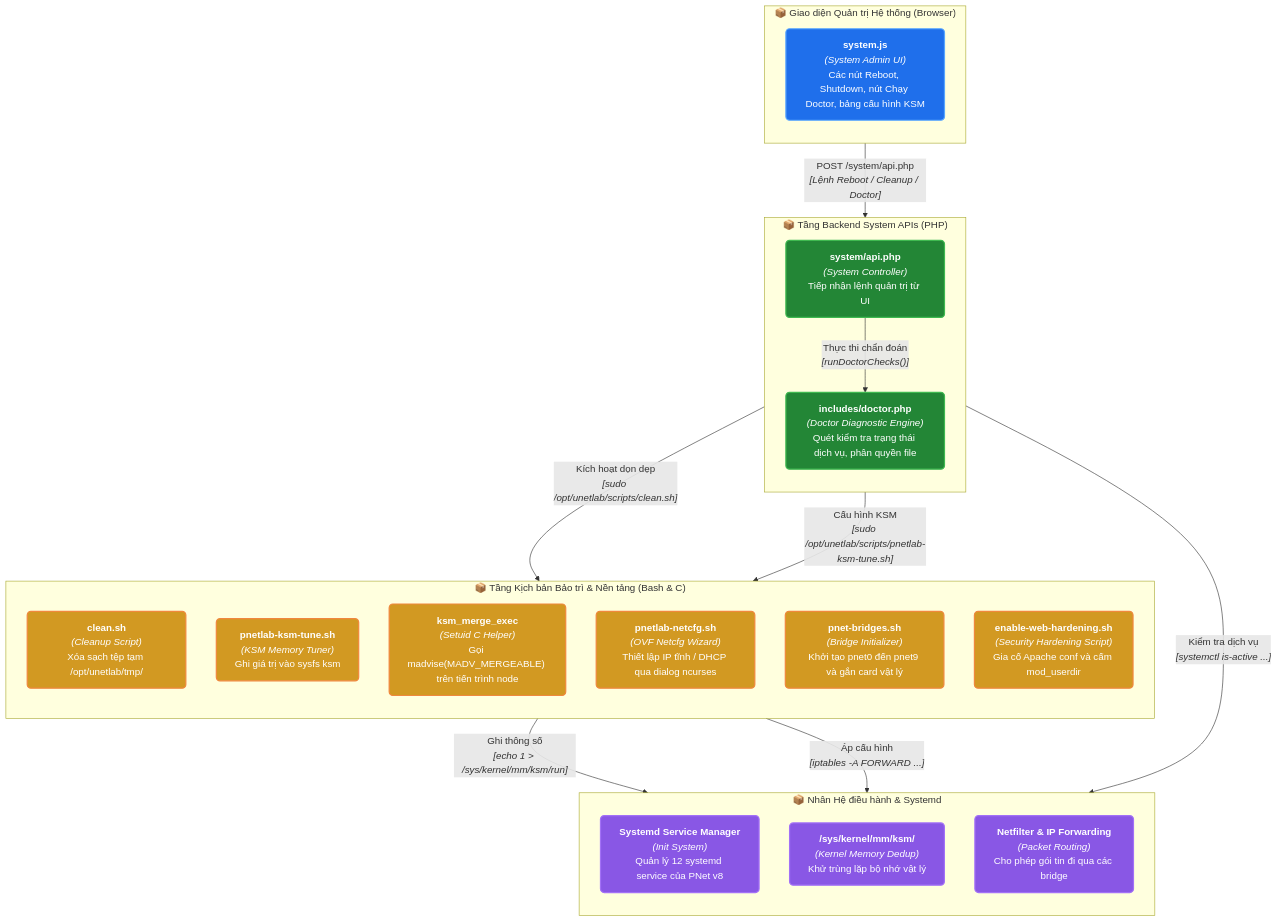
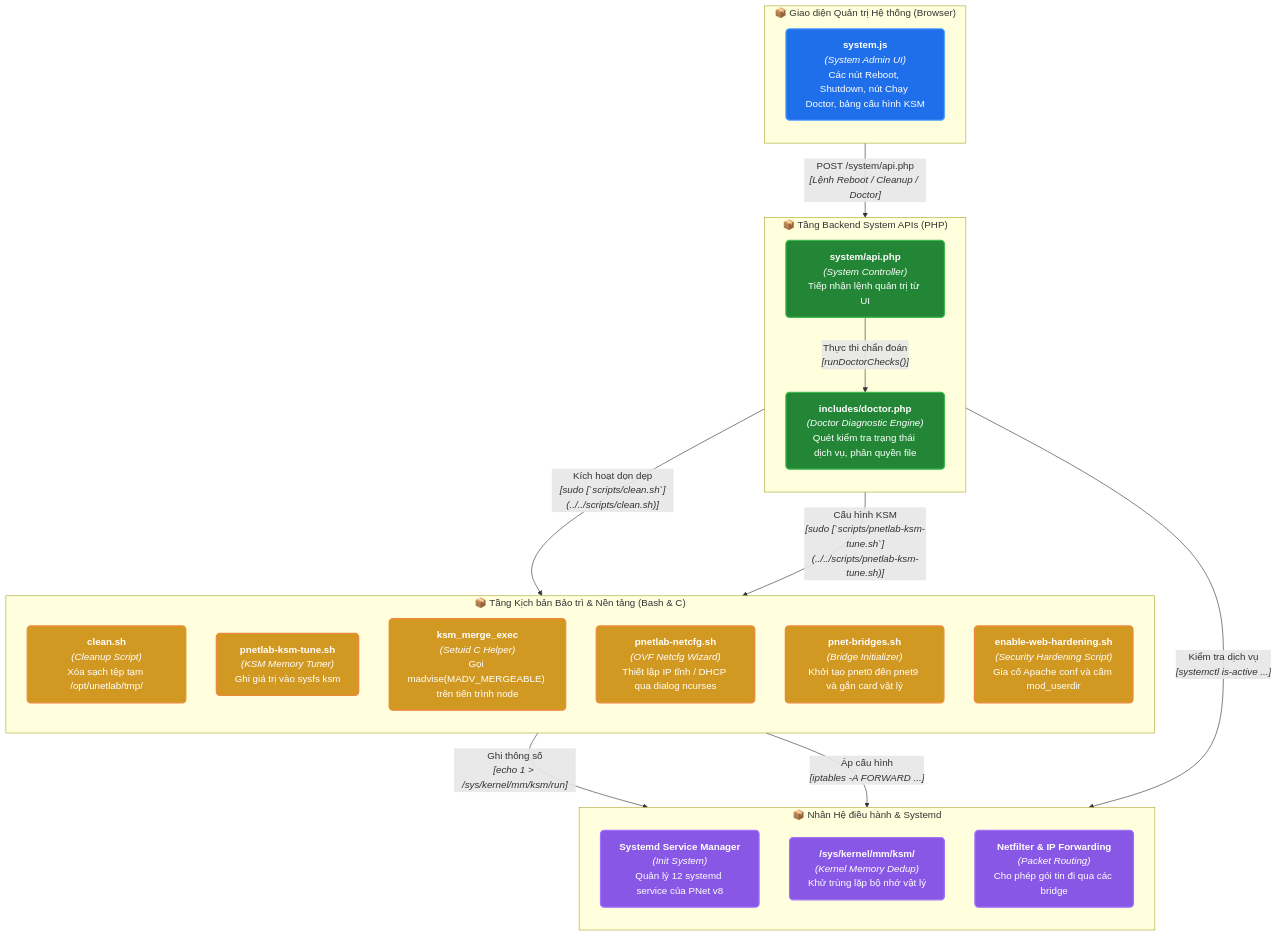
One commit to Luuxinhxinh/pnet-v8 changed the diagram in docs/01-feature-groups/12-system-diagnostics-platform.md. Above: the diagram before and after it, drawn with Mermaid. The commit also changed other lines of this file and 92 other files, not shown here.

````diff
--- a/docs/01-feature-groups/12-system-diagnostics-platform.md
+++ b/docs/01-feature-groups/12-system-diagnostics-platform.md
@@ -61,46 +61,46 @@
 ```mermaid
 flowchart TD
     %% Styling classes
     classDef ui fill:#1f6feb,stroke:#58a6ff,stroke-width:2px,color:#ffffff,rx:6px,ry:6px;
     classDef api fill:#238636,stroke:#3fb950,stroke-width:2px,color:#ffffff,rx:6px,ry:6px;
     classDef wrap fill:#d29922,stroke:#f0883e,stroke-width:2px,color:#ffffff,rx:6px,ry:6px;
     classDef kernel fill:#8957e5,stroke:#a371f7,stroke-width:2px,color:#ffffff,rx:6px,ry:6px;
     classDef storage fill:#21262d,stroke:#8b949e,stroke-width:1.5px,color:#c9d1d9,rx:6px,ry:6px;
 
     subgraph SG_admin_dashboard [" 📦 Giao diện Quản trị Hệ thống (Browser) "]
         direction TB
         system_ui["<b>system.js</b><br/><i>(System Admin UI)</i><br/>Các nút Reboot, Shutdown, nút Chạy Doctor, bảng cấu hình KSM"]:::ui
     end
 
     subgraph SG_system_apis [" 📦 Tầng Backend System APIs (PHP) "]
         direction TB
         sys_api["<b>system/api.php</b><br/><i>(System Controller)</i><br/>Tiếp nhận lệnh quản trị từ UI"]:::api
         doctor_core["<b>includes/doctor.php</b><br/><i>(Doctor Diagnostic Engine)</i><br/>Quét kiểm tra trạng thái dịch vụ, phân quyền file"]:::api
     end
 
     subgraph SG_maintenance_scripts [" 📦 Tầng Kịch bản Bảo trì & Nền tảng (Bash & C) "]
         direction TB
         clean_script["<b>clean.sh</b><br/><i>(Cleanup Script)</i><br/>Xóa sạch tệp tạm /opt/unetlab/tmp/"]:::wrap
         ksm_tuner["<b>pnetlab-ksm-tune.sh</b><br/><i>(KSM Memory Tuner)</i><br/>Ghi giá trị vào sysfs ksm"]:::wrap
         ksm_binary["<b>ksm_merge_exec</b><br/><i>(Setuid C Helper)</i><br/>Gọi madvise(MADV_MERGEABLE) trên tiến trình node"]:::wrap
         ovf_netcfg["<b>pnetlab-netcfg.sh</b><br/><i>(OVF Netcfg Wizard)</i><br/>Thiết lập IP tĩnh / DHCP qua dialog ncurses"]:::wrap
         bridge_init["<b>pnet-bridges.sh</b><br/><i>(Bridge Initializer)</i><br/>Khởi tạo pnet0 đến pnet9 và gắn card vật lý"]:::wrap
         hardening_sh["<b>enable-web-hardening.sh</b><br/><i>(Security Hardening Script)</i><br/>Gia cố Apache conf và cấm mod_userdir"]:::wrap
     end
 
     subgraph SG_os_kernel [" 📦 Nhân Hệ điều hành & Systemd "]
         direction TB
         systemd_svc["<b>Systemd Service Manager</b><br/><i>(Init System)</i><br/>Quản lý 12 systemd service của PNet v8"]:::kernel
         ksm_kernel["<b>/sys/kernel/mm/ksm/</b><br/><i>(Kernel Memory Dedup)</i><br/>Khử trùng lặp bộ nhớ vật lý"]:::kernel
         iptables_fwd["<b>Netfilter & IP Forwarding</b><br/><i>(Packet Routing)</i><br/>Cho phép gói tin đi qua các bridge"]:::kernel
     end
 
     %% Quan hệ giữa các thành phần
     system_ui -->|"POST /system/api.php<br/><i>[Lệnh Reboot / Cleanup / Doctor]</i>"| sys_api
     sys_api -->|"Thực thi chẩn đoán<br/><i>[runDoctorChecks()]</i>"| doctor_core
     doctor_core -->|"Kiểm tra dịch vụ<br/><i>[systemctl is-active ...]</i>"| systemd_svc
-    sys_api -->|"Kích hoạt dọn dẹp<br/><i>[sudo /opt/unetlab/scripts/clean.sh]</i>"| clean_script
-    sys_api -->|"Cấu hình KSM<br/><i>[sudo /opt/unetlab/scripts/pnetlab-ksm-tune.sh]</i>"| ksm_tuner
+    sys_api -->|"Kích hoạt dọn dẹp<br/><i>[sudo [`scripts/clean.sh`](../../scripts/clean.sh)]</i>"| clean_script
+    sys_api -->|"Cấu hình KSM<br/><i>[sudo [`scripts/pnetlab-ksm-tune.sh`](../../scripts/pnetlab-ksm-tune.sh)]</i>"| ksm_tuner
     ksm_tuner -->|"Ghi thông số<br/><i>[echo 1 > /sys/kernel/mm/ksm/run]</i>"| ksm_kernel
     bridge_init -->|"Áp cấu hình<br/><i>[iptables -A FORWARD ...]</i>"| iptables_fwd
 ```
````
